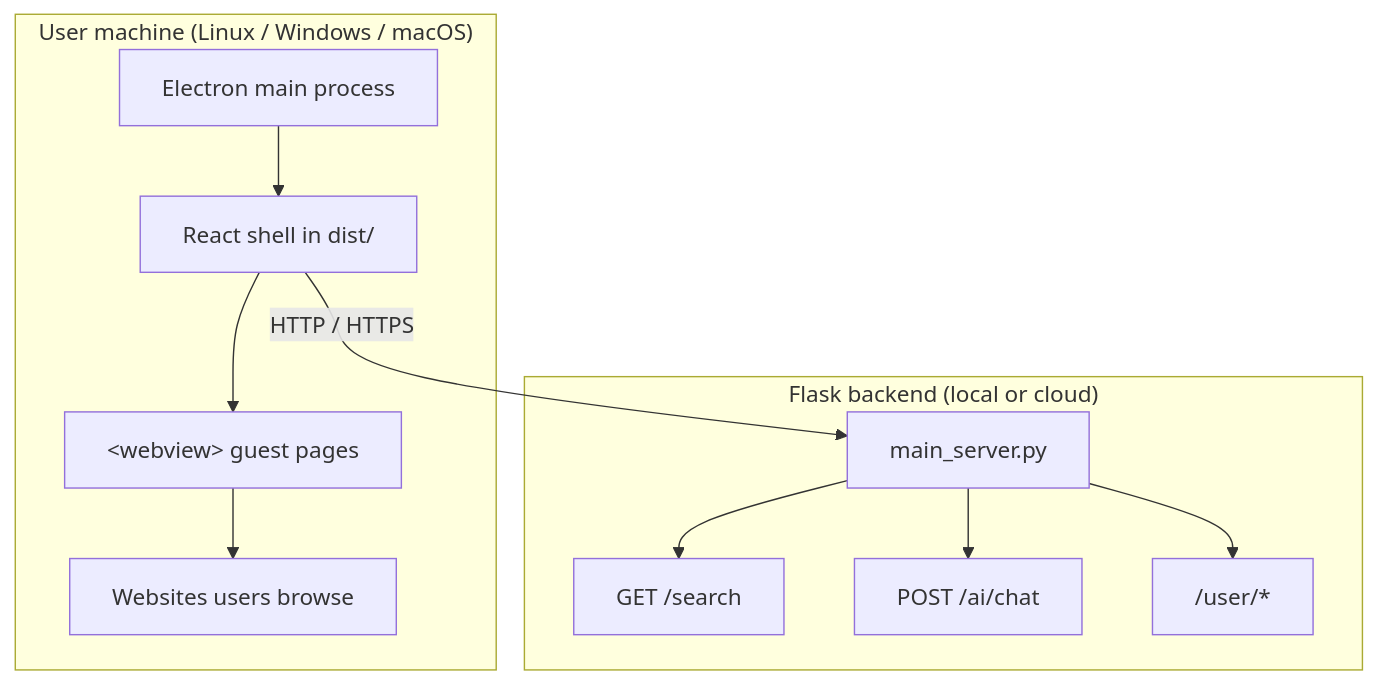
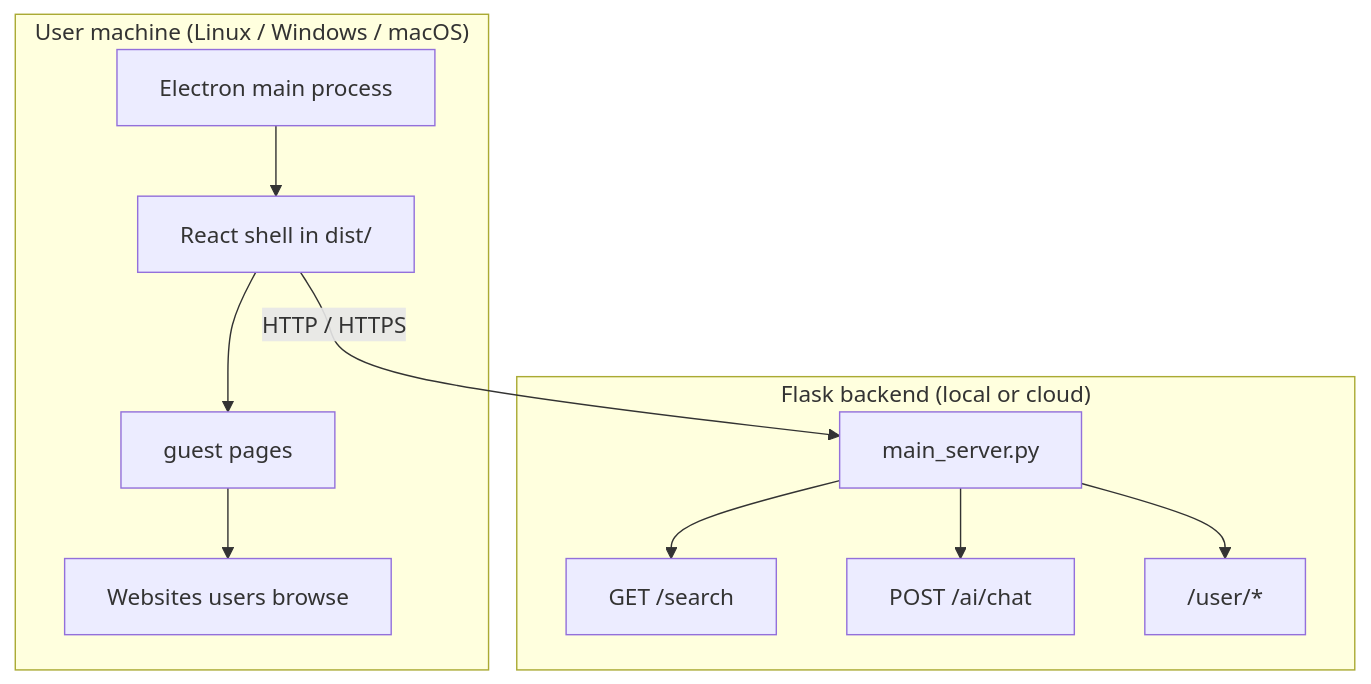
One commit to bavin-hub/OpenAiRRo changed the diagram in README.md. Above: the diagram before and after it, drawn with Mermaid. The commit also changed other lines of this file, not shown here.

````diff
--- a/README.md
+++ b/README.md
@@ -20,18 +36,18 @@
 ```mermaid
 flowchart TB
   subgraph Desktop["User machine (Linux / Windows / macOS)"]
     E[Electron main process]
     UI[React shell in dist/]
-    WV["&lt;webview&gt; guest pages"]
+    WV["<webview> guest pages"]
     E --> UI
     UI --> WV
     WV --> Sites[Websites users browse]
   end
   subgraph API["Flask backend (local or cloud)"]
     F[main_server.py]
     F --> Search["GET /search"]
     F --> AI["POST /ai/chat"]
     F --> User["/user/*"]
   end
   UI -->|HTTP / HTTPS| F
 ```
````
